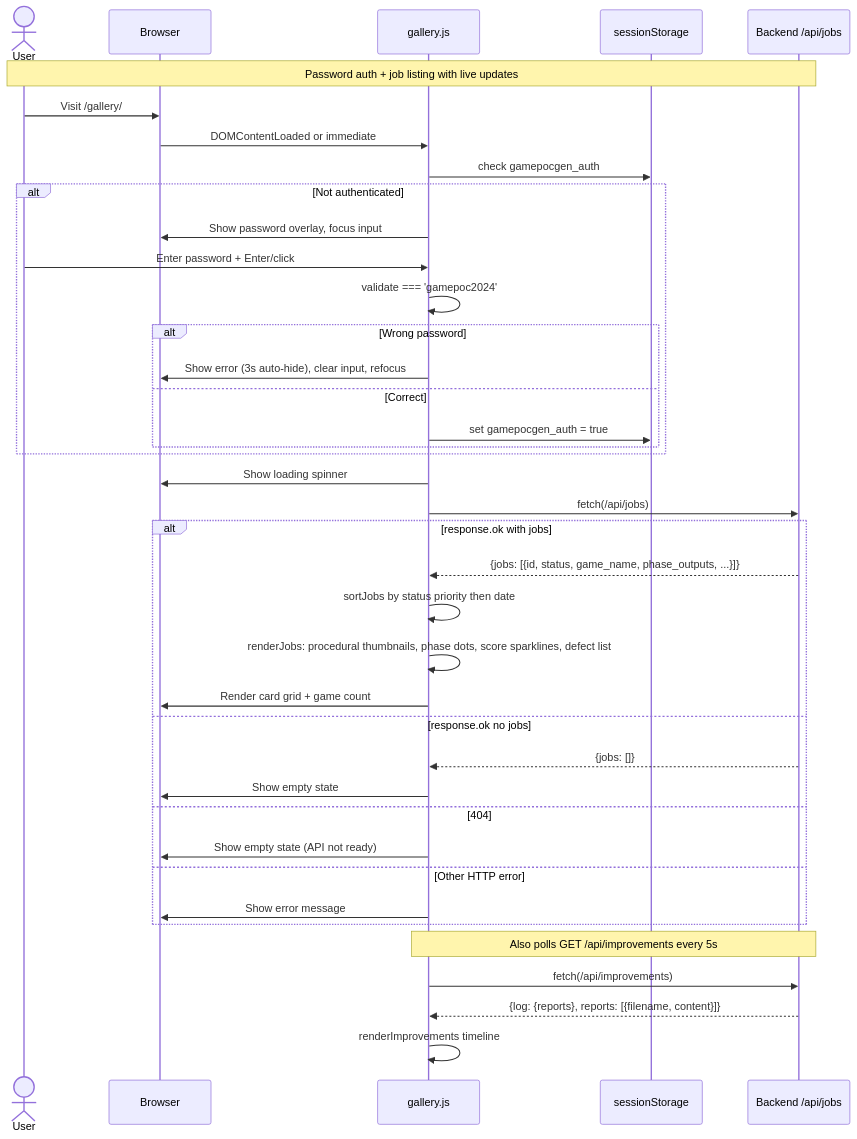
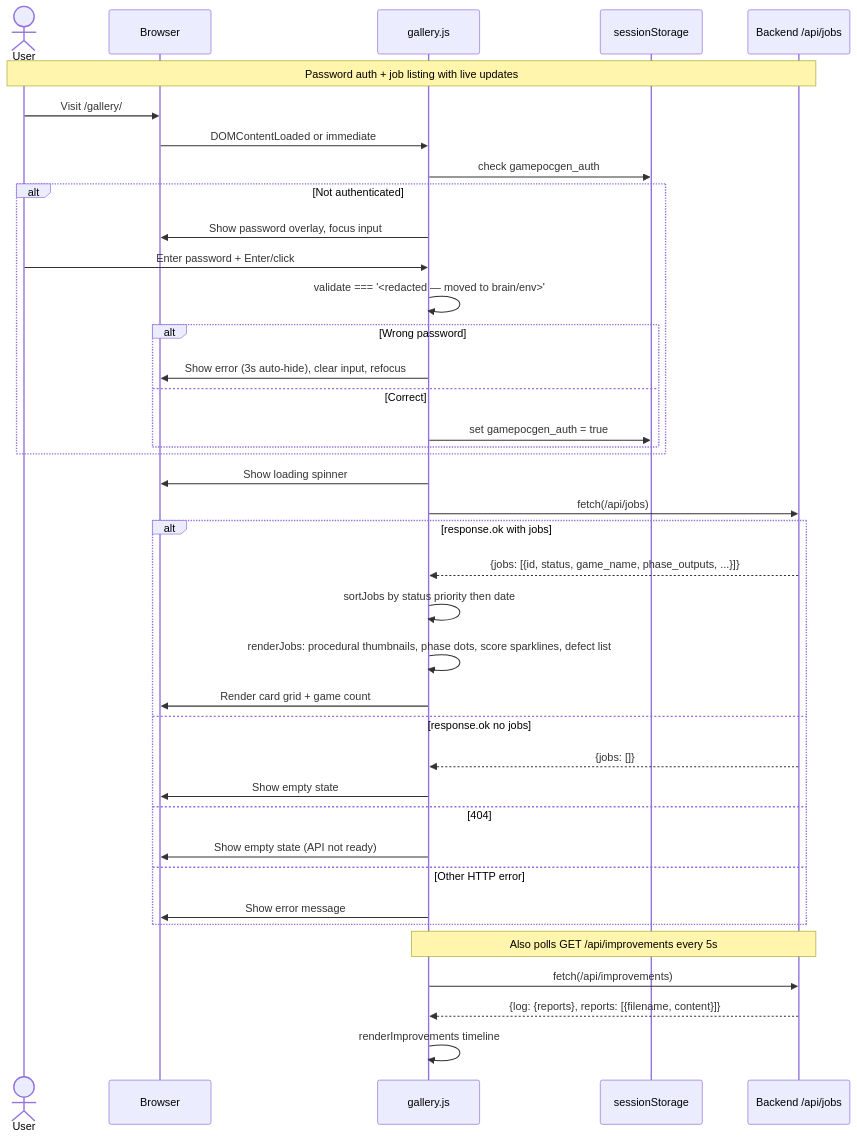
The seventh of 9 diagrams in docs/architecture/02-user-flows.md (J-Gierend/gamePocGen), drawn with Mermaid before and after one commit. The commit also changed 4 other files, not shown here.

````diff
--- a/docs/architecture/02-user-flows.md
+++ b/docs/architecture/02-user-flows.md
@@ -285,45 +285,45 @@
 ```mermaid
 sequenceDiagram
     actor User
     participant Browser
     participant Gallery as gallery.js
     participant Session as sessionStorage
     participant API as Backend /api/jobs
 
     Note over User,API: Password auth + job listing with live updates
     User->>Browser: Visit /gallery/
     Browser->>Gallery: DOMContentLoaded or immediate
     Gallery->>Session: check gamepocgen_auth
 
     alt Not authenticated
         Gallery->>Browser: Show password overlay, focus input
         User->>Gallery: Enter password + Enter/click
-        Gallery->>Gallery: validate === 'gamepoc2024'
+        Gallery->>Gallery: validate === '<redacted — moved to brain/env>'
         alt Wrong password
             Gallery->>Browser: Show error (3s auto-hide), clear input, refocus
         else Correct
             Gallery->>Session: set gamepocgen_auth = true
         end
     end
 
     Gallery->>Browser: Show loading spinner
     Gallery->>API: fetch(/api/jobs)
     alt response.ok with jobs
         API-->>Gallery: {jobs: [{id, status, game_name, phase_outputs, ...}]}
         Gallery->>Gallery: sortJobs by status priority then date
         Gallery->>Gallery: renderJobs: procedural thumbnails, phase dots, score sparklines, defect list
         Gallery->>Browser: Render card grid + game count
     else response.ok no jobs
         API-->>Gallery: {jobs: []}
         Gallery->>Browser: Show empty state
     else 404
         Gallery->>Browser: Show empty state (API not ready)
     else Other HTTP error
         Gallery->>Browser: Show error message
     end
 
     Note over Gallery,API: Also polls GET /api/improvements every 5s
     Gallery->>API: fetch(/api/improvements)
     API-->>Gallery: {log: {reports}, reports: [{filename, content}]}
     Gallery->>Gallery: renderImprovements timeline
 ```
````
